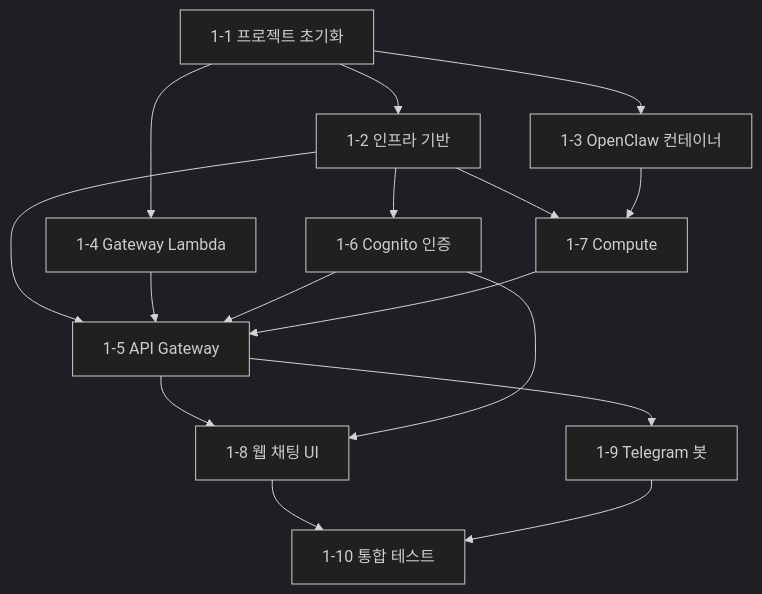
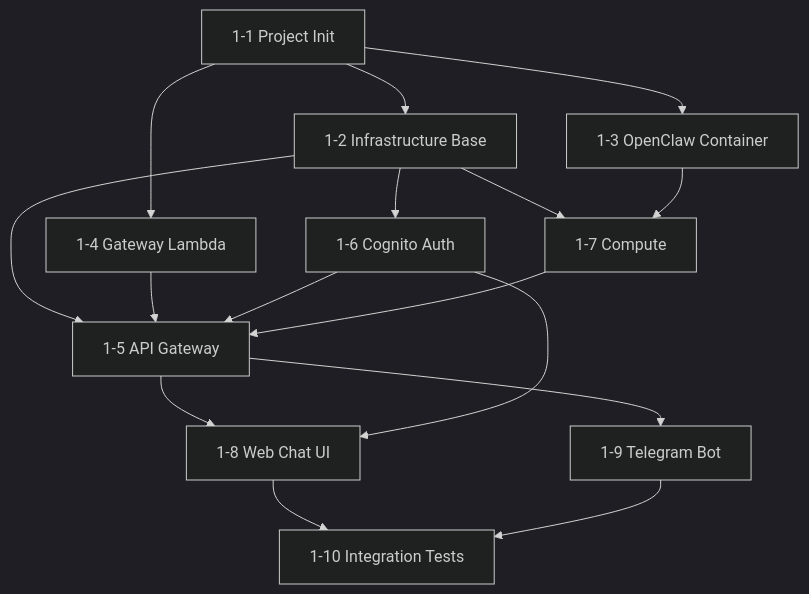
Before and after one commit to geoseong/serverless-openclaw: the diagram in docs/progress.md, drawn with Mermaid (dark theme). The commit also changed other lines of this file and 8 other files, not shown here.

````diff
--- a/docs/progress.md
+++ b/docs/progress.md
@@ -75,29 +75,29 @@
 ```mermaid
 graph TD
-    S1["1-1 프로젝트 초기화"]
-    S2["1-2 인프라 기반"]
-    S3["1-3 OpenClaw 컨테이너"]
+    S1["1-1 Project Init"]
+    S2["1-2 Infrastructure Base"]
+    S3["1-3 OpenClaw Container"]
     S4["1-4 Gateway Lambda"]
     S5["1-5 API Gateway"]
-    S6["1-6 Cognito 인증"]
+    S6["1-6 Cognito Auth"]
     S7["1-7 Compute"]
-    S8["1-8 웹 채팅 UI"]
-    S9["1-9 Telegram 봇"]
-    S10["1-10 통합 테스트"]
+    S8["1-8 Web Chat UI"]
+    S9["1-9 Telegram Bot"]
+    S10["1-10 Integration Tests"]
 
     S1 --> S2
     S1 --> S3
     S1 --> S4
     S2 --> S5
     S2 --> S6
     S2 --> S7
     S3 --> S7
     S4 --> S5
     S5 --> S8
     S6 --> S5
     S6 --> S8
     S7 --> S5
     S5 --> S9
     S8 --> S10
     S9 --> S10
 ```
````
